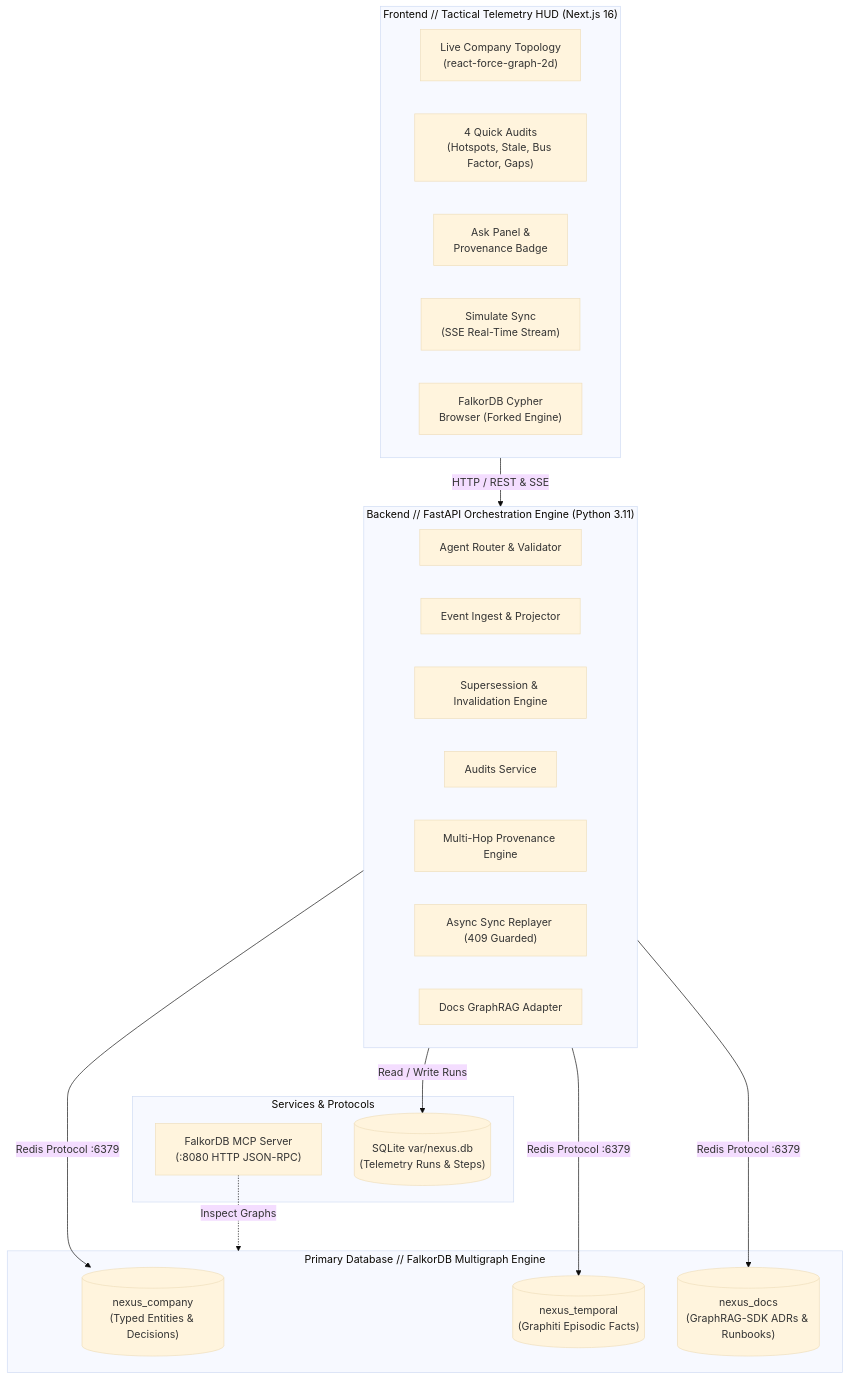
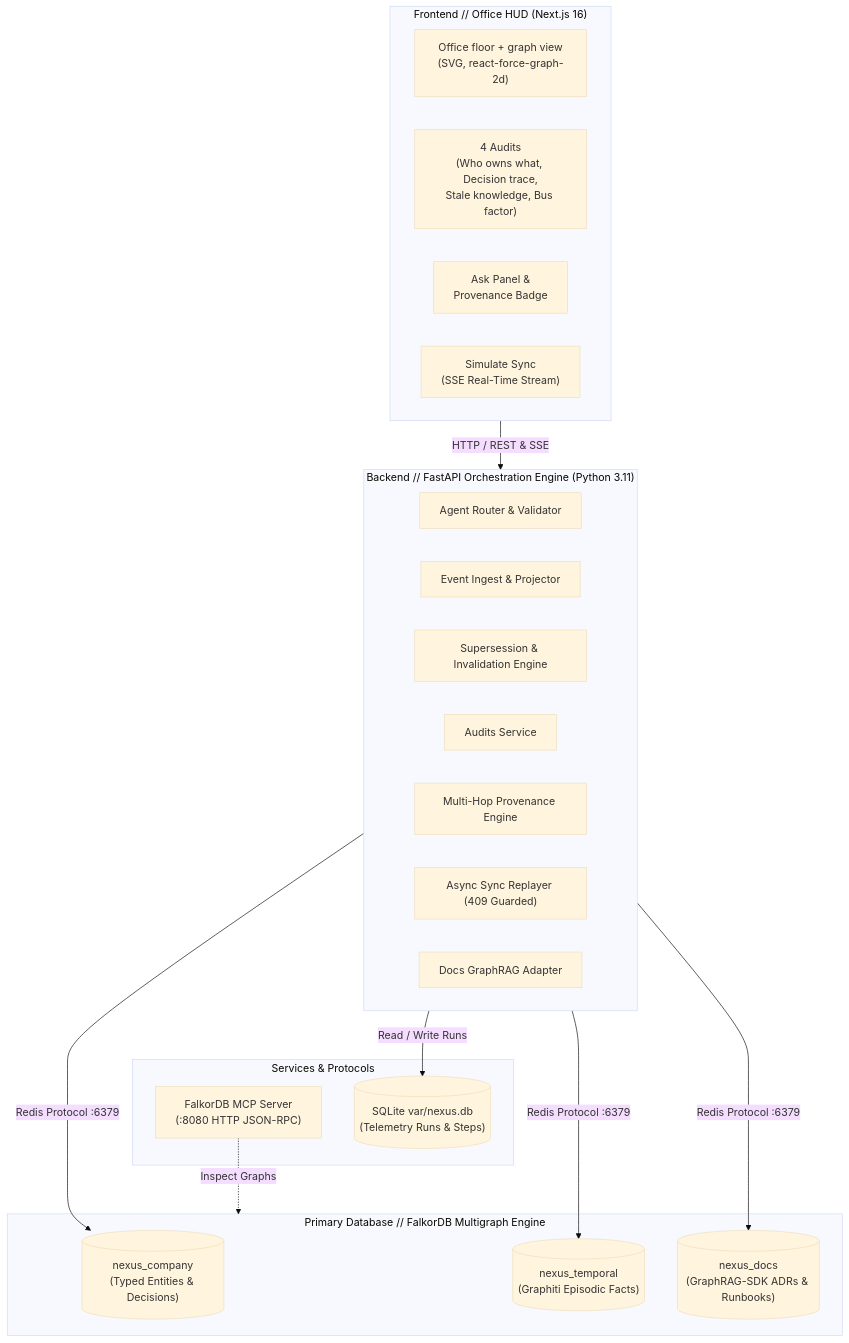
One commit to shankywho/Nexus changed the first of 3 diagrams in docs/ARCHITECTURE.md. Above: the diagram before and after it, drawn with Mermaid (base theme). The commit also changed 272 other files, not shown here.

````diff
--- a/docs/ARCHITECTURE.md
+++ b/docs/ARCHITECTURE.md
@@ -5,38 +5,37 @@
 ```mermaid
 flowchart TD
-    subgraph UI ["Frontend // Tactical Telemetry HUD (Next.js 16)"]
-        Topology["Live Company Topology\n(react-force-graph-2d)"]
-        AuditBar["4 Quick Audits\n(Hotspots, Stale, Bus Factor, Gaps)"]
+    subgraph UI ["Frontend // Office HUD (Next.js 16)"]
+        Office["Office floor + graph view\n(SVG, react-force-graph-2d)"]
+        AuditBar["4 Audits\n(Who owns what, Decision trace,\nStale knowledge, Bus factor)"]
         AskHUD["Ask Panel &\nProvenance Badge"]
         SimulateBtn["Simulate Sync\n(SSE Real-Time Stream)"]
-        CypherConsole["FalkorDB Cypher\nBrowser (Forked Engine)"]
     end
 
     subgraph API ["Backend // FastAPI Orchestration Engine (Python 3.11)"]
         Router["Agent Router & Validator"]
         IngestEngine["Event Ingest & Projector"]
         SupersedeEngine["Supersession & Invalidation Engine"]
         AuditService["Audits Service"]
         ProvenanceEngine["Multi-Hop Provenance Engine"]
         SyncReplayer["Async Sync Replayer (409 Guarded)"]
         DocsRAG["Docs GraphRAG Adapter"]
     end
 
     subgraph Multigraph ["Primary Database // FalkorDB Multigraph Engine"]
         CompanyGraph[("nexus_company\n(Typed Entities & Decisions)")]
         TemporalGraph[("nexus_temporal\n(Graphiti Episodic Facts)")]
         DocsGraph[("nexus_docs\n(GraphRAG-SDK ADRs & Runbooks)")]
     end
 
     subgraph External ["Services & Protocols"]
         MCP["FalkorDB MCP Server\n(:8080 HTTP JSON-RPC)"]
         TraceDB[("SQLite var/nexus.db\n(Telemetry Runs & Steps)")]
     end
 
     UI -->|HTTP / REST & SSE| API
     API -->|Redis Protocol :6379| CompanyGraph
     API -->|Redis Protocol :6379| TemporalGraph
     API -->|Redis Protocol :6379| DocsGraph
     API -->|Read / Write Runs| TraceDB
     MCP -.->|Inspect Graphs| Multigraph
 ```
````
